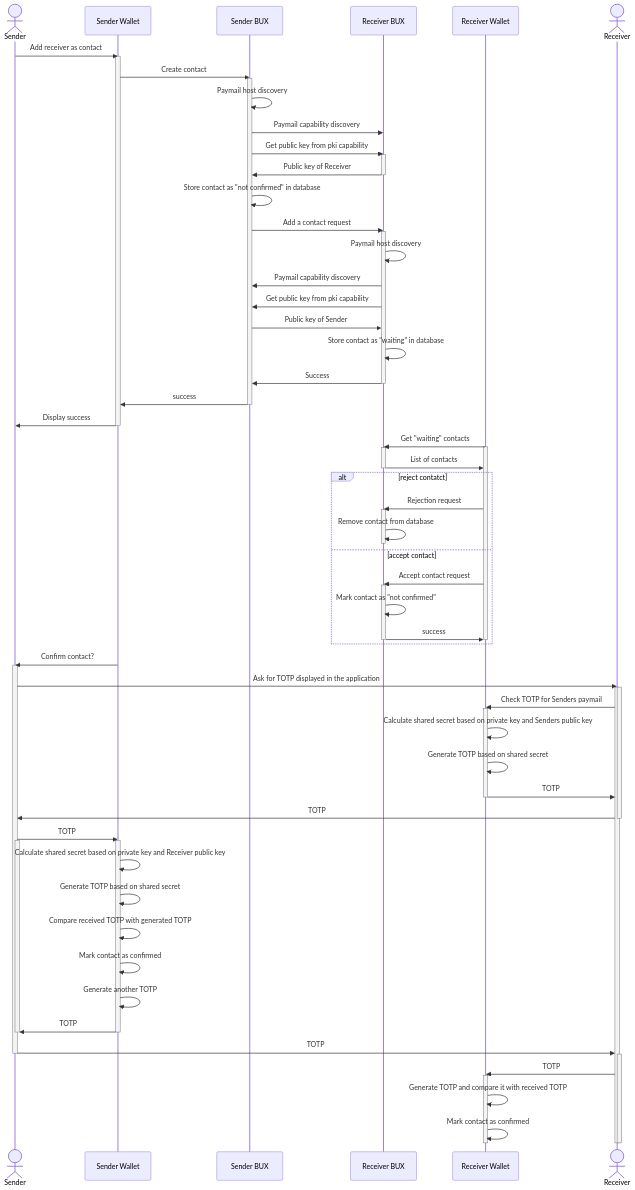
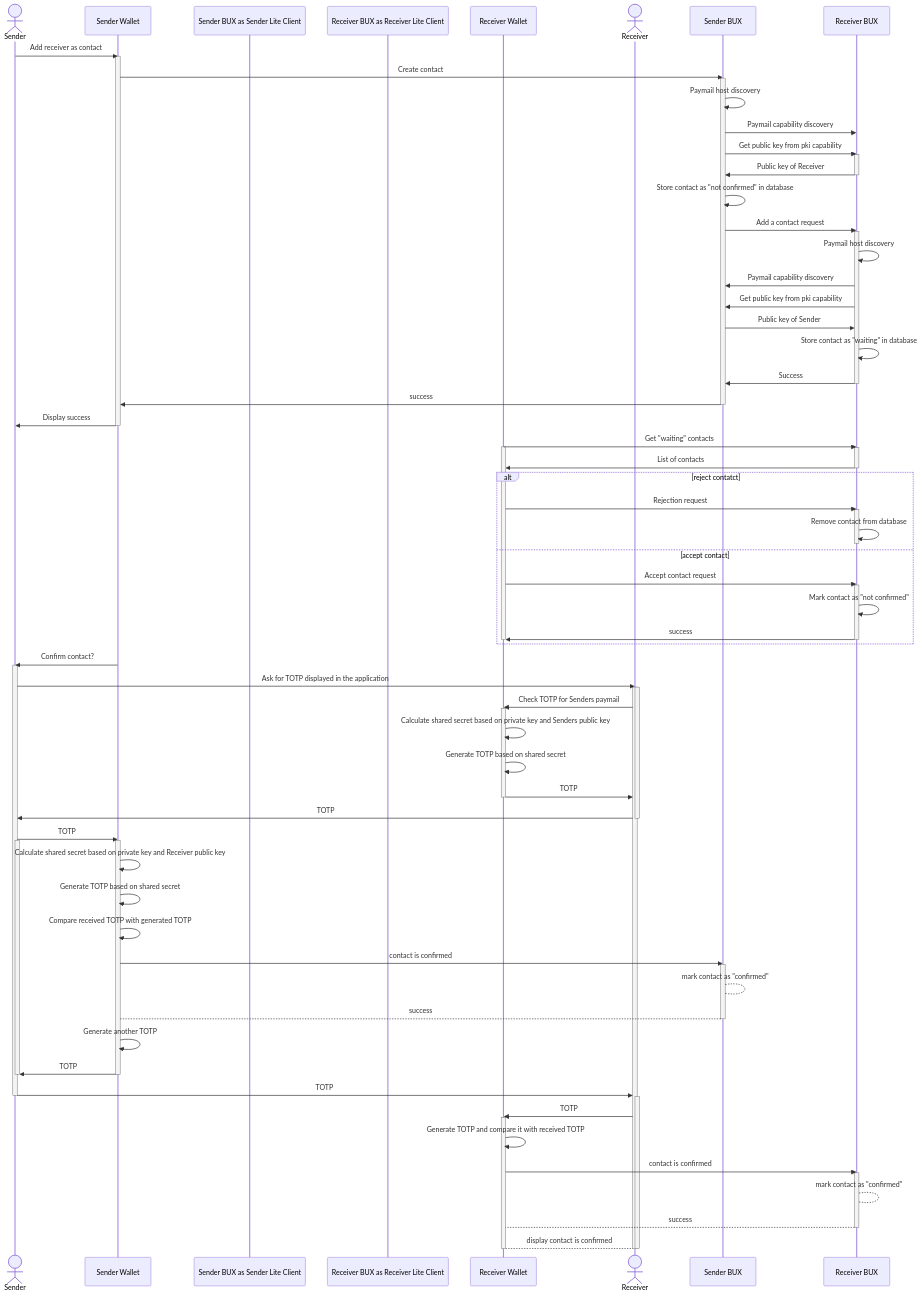
Before and after one commit to bitcoin-sv/BRCs: the first of 3 diagrams in peer-to-peer/0077.md, drawn with Mermaid. The commit also changed other lines of this file, not shown here.

````diff
--- a/peer-to-peer/0077.md
+++ b/peer-to-peer/0077.md
@@ -36,8 +47,8 @@
 sequenceDiagram
 actor Sender
 participant Sender Wallet
-participant Sender BUX
-participant Receiver BUX
+participant Sender BUX as Sender Lite Client
+participant Receiver BUX as Receiver Lite Client
 participant Receiver Wallet
 actor Receiver
 
@@ -105,7 +116,11 @@
     Sender Wallet->>Sender Wallet: Calculate shared secret based on private key and Receiver public key
     Sender Wallet->>Sender Wallet: Generate TOTP based on shared secret
     Sender Wallet->>Sender Wallet: Compare received TOTP with generated TOTP
-    Sender Wallet->>Sender Wallet: Mark contact as confirmed
+    Sender Wallet->>Sender BUX: contact is confirmed
+    activate Sender BUX
+    Sender BUX-->Sender BUX: mark contact as "confirmed"
+    Sender BUX-->Sender Wallet: success
+    deactivate Sender BUX
     Sender Wallet->>Sender Wallet: Generate another TOTP
     Sender Wallet->>Sender: TOTP
     deactivate Sender Wallet
@@ -116,9 +131,13 @@
     Receiver->>Receiver Wallet: TOTP
     activate Receiver Wallet
     Receiver Wallet->>Receiver Wallet: Generate TOTP and compare it with received TOTP
-    Receiver Wallet->>Receiver Wallet: Mark contact as confirmed
+    Receiver Wallet->>Receiver BUX: contact is confirmed
+    activate Receiver BUX
+    Receiver BUX-->Receiver BUX: mark contact as "confirmed"
+    Receiver BUX-->Receiver Wallet: success
+    deactivate Receiver BUX
+    Receiver Wallet-->Receiver: display contact is confirmed
     deactivate Receiver Wallet
     deactivate Receiver
     deactivate Receiver
-
 ```
````
